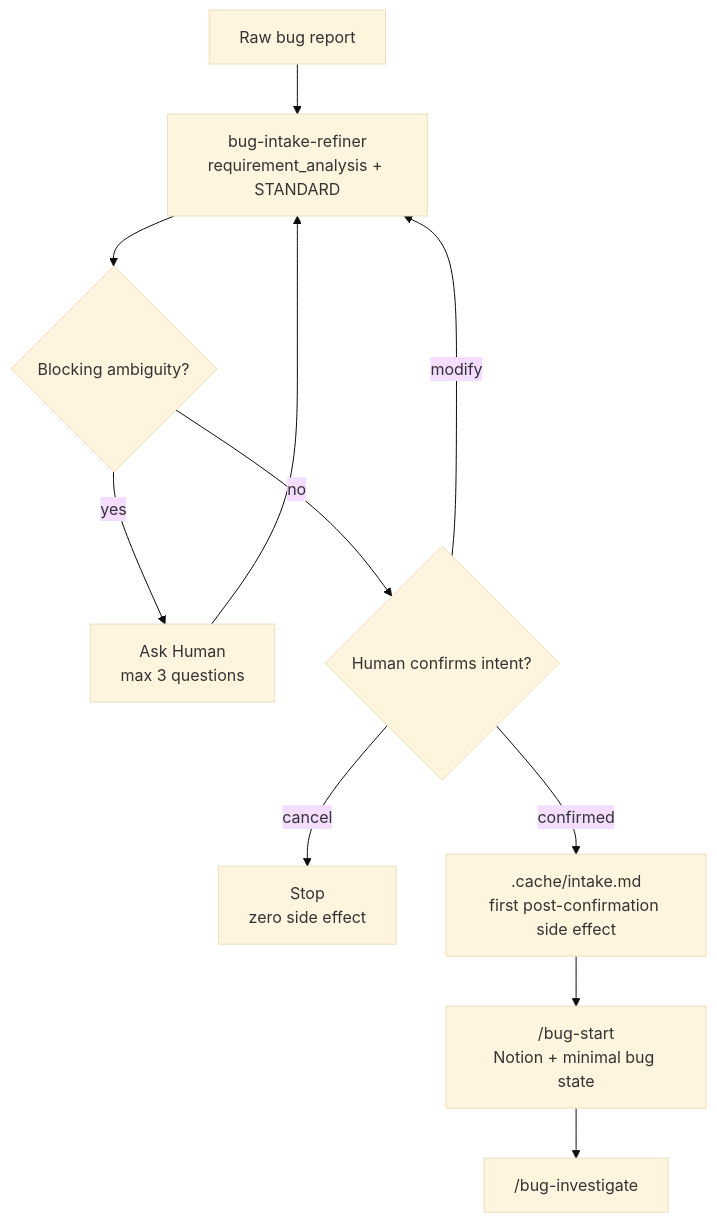
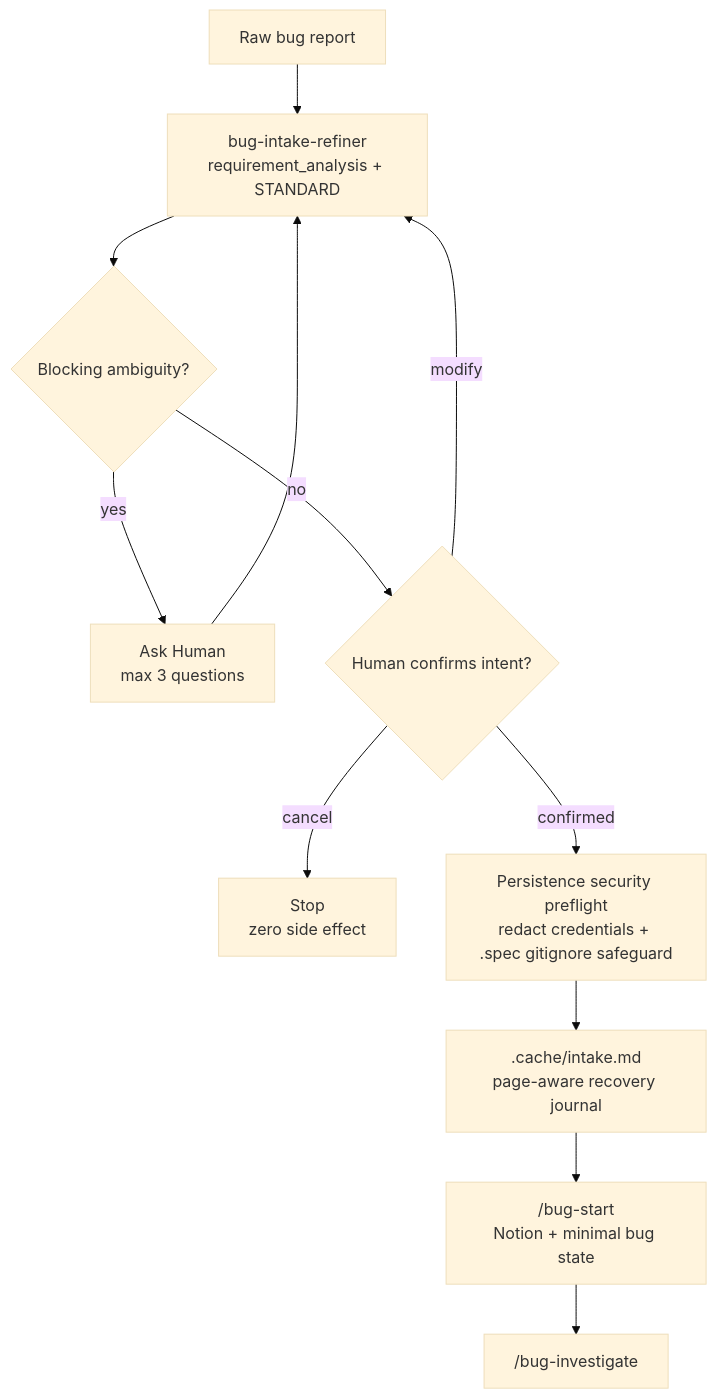
The first of 2 diagrams in plugins/bug-workflow/README.md (mark22013333/crew), drawn with Mermaid (base theme) before and after one commit. The commit also changed other lines of this file, not shown here.

Commit message:
docs: document safe Bug intake recovery

````diff
--- a/plugins/bug-workflow/README.md
+++ b/plugins/bug-workflow/README.md
@@ -56,13 +56,14 @@
 ```mermaid
 flowchart TD
     Raw["Raw bug report"] --> Refiner["bug-intake-refiner<br/>requirement_analysis + STANDARD"]
     Refiner --> Blocking{"Blocking ambiguity?"}
     Blocking -- "yes" --> Ask["Ask Human<br/>max 3 questions"]
     Ask --> Refiner
     Blocking -- "no" --> Confirm{"Human confirms intent?"}
     Confirm -- "modify" --> Refiner
     Confirm -- "cancel" --> Stop["Stop<br/>zero side effect"]
-    Confirm -- "confirmed" --> Cache[".cache/intake.md<br/>first post-confirmation side effect"]
+    Confirm -- "confirmed" --> Guard["Persistence security preflight<br/>redact credentials + .spec gitignore safeguard"]
+    Guard --> Cache[".cache/intake.md<br/>page-aware recovery journal"]
     Cache --> Start["/bug-start<br/>Notion + minimal bug state"]
     Start --> Investigate["/bug-investigate"]
 ```
````
